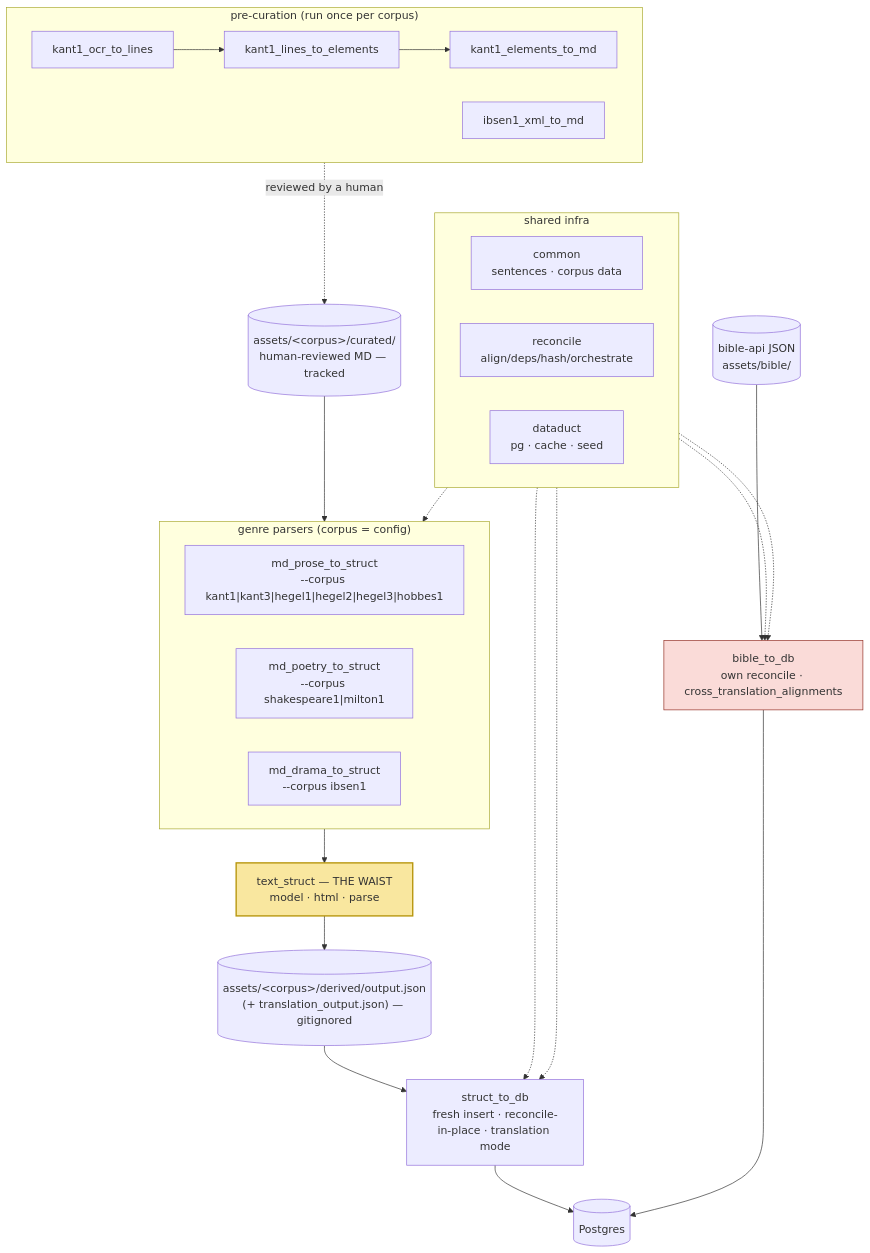
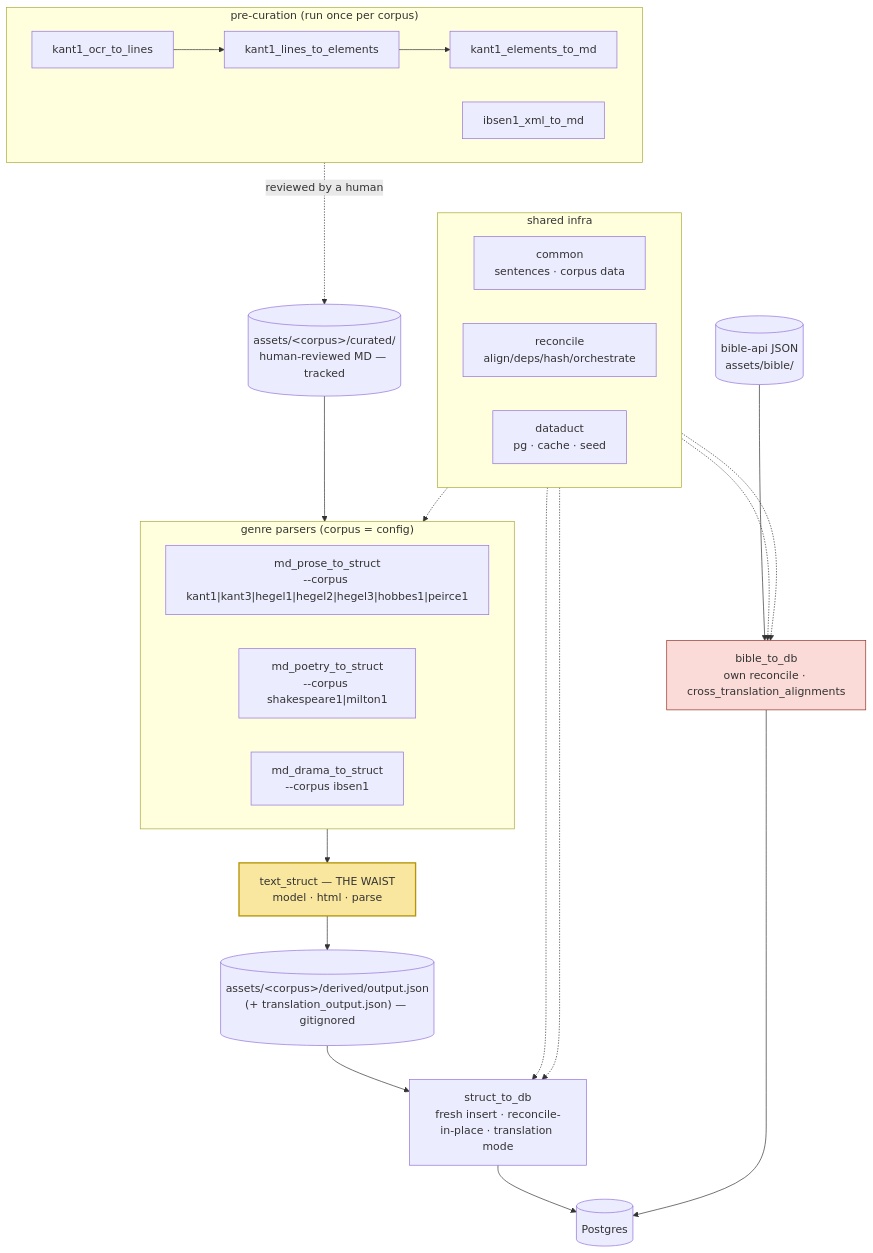
One commit to scholia-study/scholia changed the first of 2 diagrams in docs/architecture/overview.md. Above: the diagram before and after it, drawn with Mermaid. The commit also changed other lines of this file and 52 other files, not shown here.

````diff
--- a/docs/architecture/overview.md
+++ b/docs/architecture/overview.md
@@ -86,51 +90,51 @@
 ```mermaid
 flowchart TB
     subgraph pre ["pre-curation (run once per corpus)"]
         direction LR
         ocr["kant1_ocr_to_lines"] --> lines["kant1_lines_to_elements"] --> elem["kant1_elements_to_md"]
         tei["ibsen1_xml_to_md"]
     end
 
     curated[("assets/&lt;corpus&gt;/curated/<br/>human-reviewed MD — tracked")]
     pre -. "reviewed by a human" .-> curated
 
     subgraph parsers ["genre parsers (corpus = config)"]
         direction LR
-        prose["md_prose_to_struct<br/>--corpus kant1|kant3|hegel1|hegel2|hegel3|hobbes1"]
+        prose["md_prose_to_struct<br/>--corpus kant1|kant3|hegel1|hegel2|hegel3|hobbes1|peirce1"]
         poetry["md_poetry_to_struct<br/>--corpus shakespeare1|milton1"]
         drama["md_drama_to_struct<br/>--corpus ibsen1"]
     end
 
     curated --> parsers
 
     waist["text_struct — THE WAIST<br/>model · html · parse"]
     parsers --> waist
 
     derived[("assets/&lt;corpus&gt;/derived/output.json<br/>(+ translation_output.json) — gitignored")]
     waist --> derived
 
     importer["struct_to_db<br/>fresh insert · reconcile-in-place · translation mode"]
     derived --> importer
 
     pg[(Postgres)]
     importer --> pg
 
     bibleapi[("bible-api JSON<br/>assets/bible/")] --> bible["bible_to_db<br/>own reconcile · cross_translation_alignments"]
     bible --> pg
 
     subgraph infra ["shared infra"]
         direction LR
         common["common<br/>sentences · corpus data"]
         reconcile["reconcile<br/>align/deps/hash/orchestrate"]
         dataduct["dataduct<br/>pg · cache · seed"]
     end
 
     common -.-> parsers
     reconcile -.-> importer
     reconcile -.-> bible
     dataduct -.-> importer
     dataduct -.-> bible
 
     style waist fill:#f9e79f,stroke:#b7950b,stroke-width:2px
     style bible fill:#fadbd8,stroke:#943126
 ```
````
